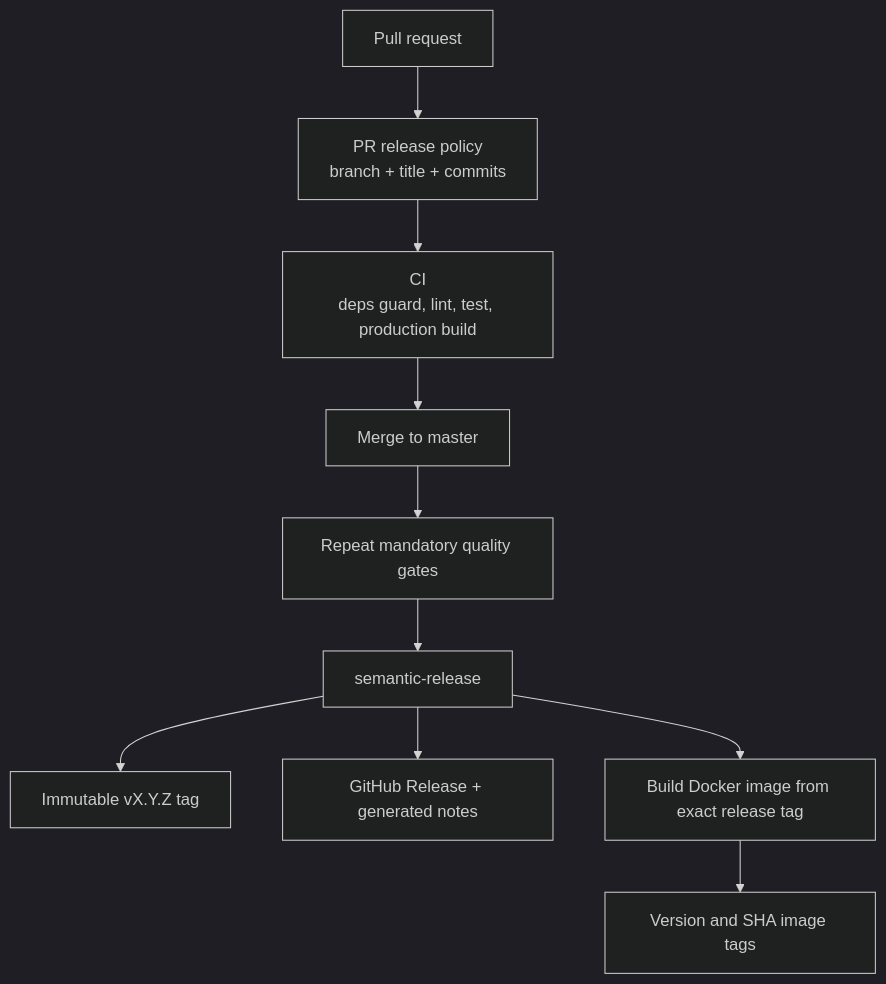
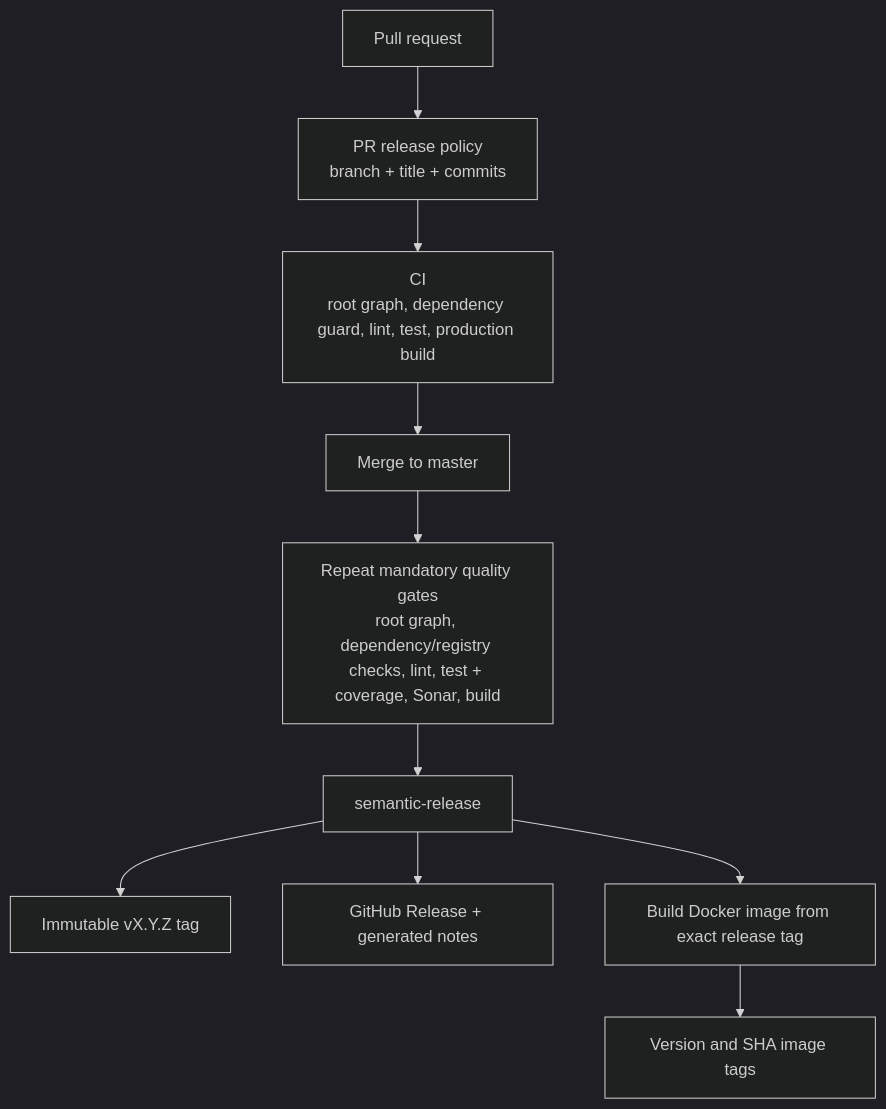
One commit to Allmantool/h-budget.UI changed the diagram in docs/release/02-ci-cd-release-flow.md. Above: the diagram before and after it, drawn with Mermaid (dark theme). The commit also changed other lines of this file and 9 other files, not shown here.

````diff
--- a/docs/release/02-ci-cd-release-flow.md
+++ b/docs/release/02-ci-cd-release-flow.md
@@ -3,12 +3,12 @@
 ```mermaid
 flowchart TD
   PR["Pull request"] --> Policy["PR release policy\nbranch + title + commits"]
-  Policy --> CI["CI\ndeps guard, lint, test, production build"]
+  Policy --> CI["CI\nroot graph, dependency guard, lint, test, production build"]
   CI --> Merge["Merge to master"]
-  Merge --> Gates["Repeat mandatory quality gates"]
+  Merge --> Gates["Repeat mandatory quality gates\nroot graph, dependency/registry checks, lint, test + coverage, Sonar, build"]
   Gates --> SR["semantic-release"]
   SR --> Tag["Immutable vX.Y.Z tag"]
   SR --> Release["GitHub Release + generated notes"]
   SR --> Deploy["Build Docker image from exact release tag"]
   Deploy --> Image["Version and SHA image tags"]
 ```
````
